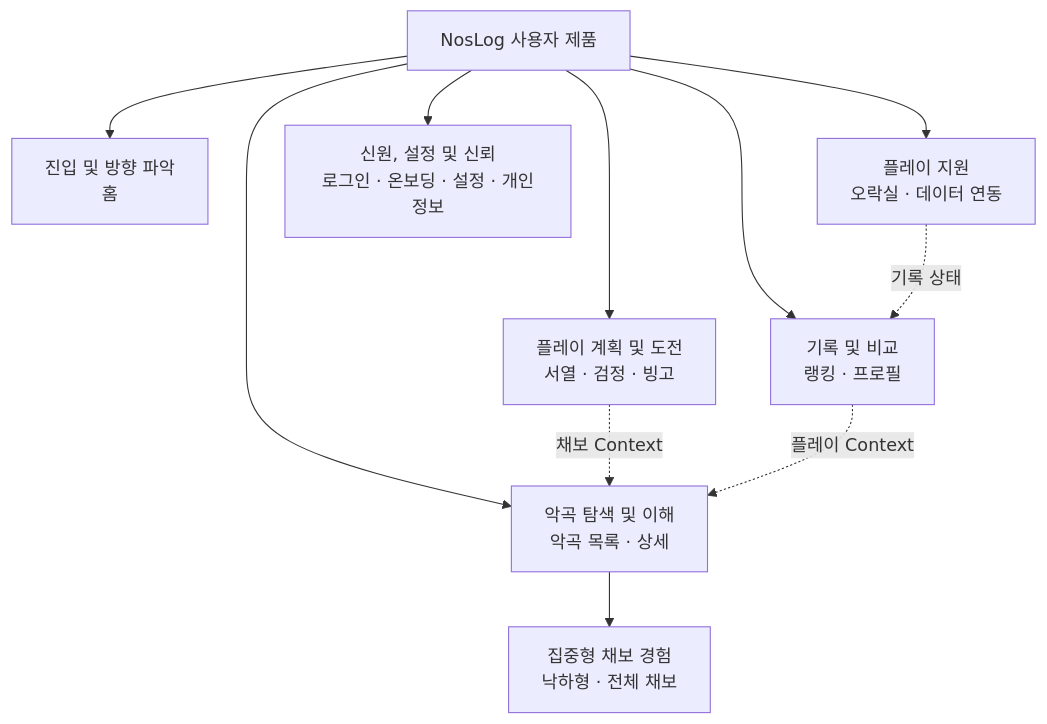
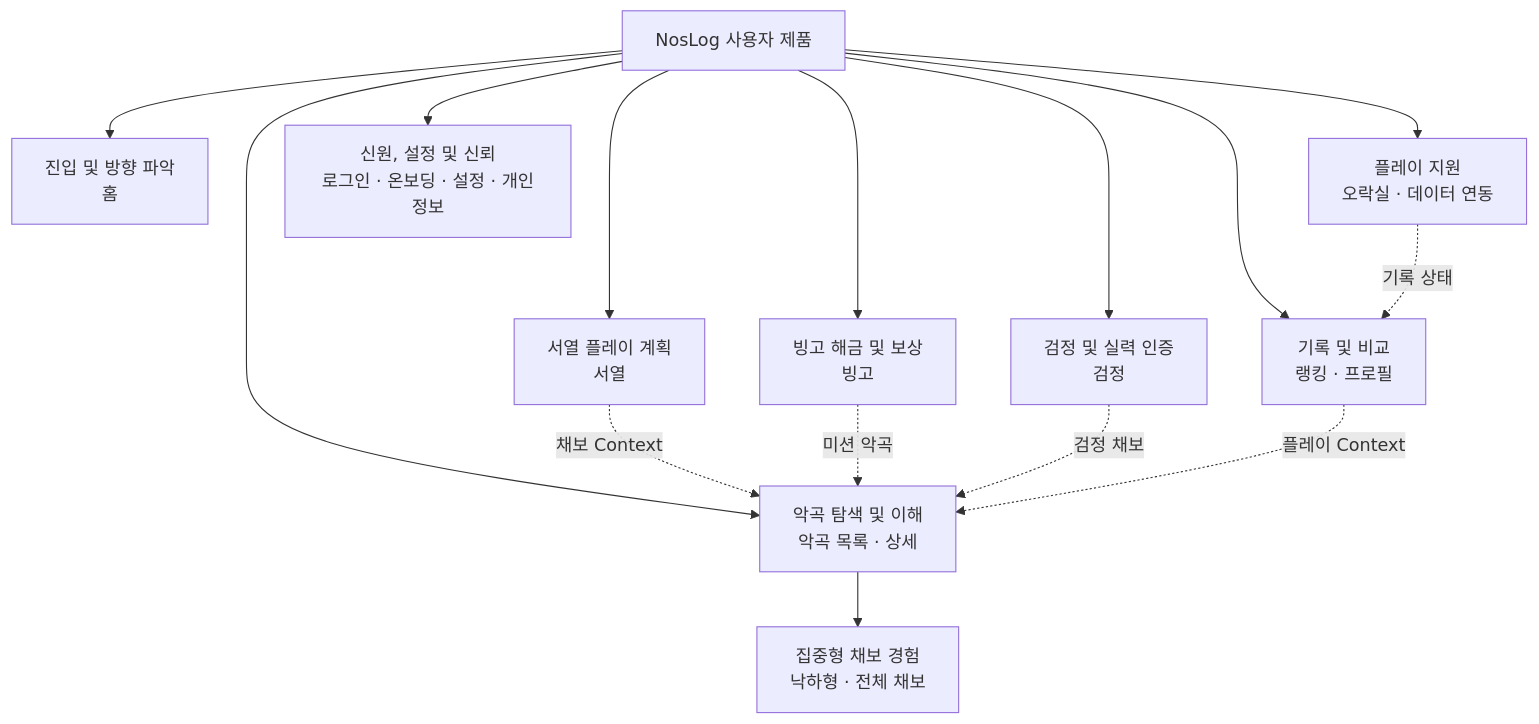
Before and after one commit to Anchovia/noslog: the diagram in docs/design/02-information-architecture.ko.md, drawn with Mermaid. The commit also changed other lines of this file and 2 other files, not shown here.

````diff
--- a/docs/design/02-information-architecture.ko.md
+++ b/docs/design/02-information-architecture.ko.md
@@ -132,22 +167,28 @@
 ```mermaid
 flowchart TD
     ROOT["NosLog 사용자 제품"]
     HOME["진입 및 방향 파악<br/>홈"]
     MUSIC["악곡 탐색 및 이해<br/>악곡 목록 · 상세"]
-    PLAN["플레이 계획 및 도전<br/>서열 · 검정 · 빙고"]
+    TIERS["서열 플레이 계획<br/>서열"]
+    BINGO["빙고 해금 및 보상<br/>빙고"]
+    EXAMS["검정 및 실력 인증<br/>검정"]
     RECORDS["기록 및 비교<br/>랭킹 · 프로필"]
     SUPPORT["플레이 지원<br/>오락실 · 데이터 연동"]
     TRUST["신원, 설정 및 신뢰<br/>로그인 · 온보딩 · 설정 · 개인정보"]
     VIEWER["집중형 채보 경험<br/>낙하형 · 전체 채보"]
 
     ROOT --> HOME
     ROOT --> MUSIC
-    ROOT --> PLAN
+    ROOT --> TIERS
+    ROOT --> BINGO
+    ROOT --> EXAMS
     ROOT --> RECORDS
     ROOT --> SUPPORT
     ROOT --> TRUST
     MUSIC --> VIEWER
-    PLAN -. "채보 Context" .-> MUSIC
+    TIERS -. "채보 Context" .-> MUSIC
+    BINGO -. "미션 악곡" .-> MUSIC
+    EXAMS -. "검정 채보" .-> MUSIC
     RECORDS -. "플레이 Context" .-> MUSIC
     SUPPORT -. "기록 상태" .-> RECORDS
 ```
````
